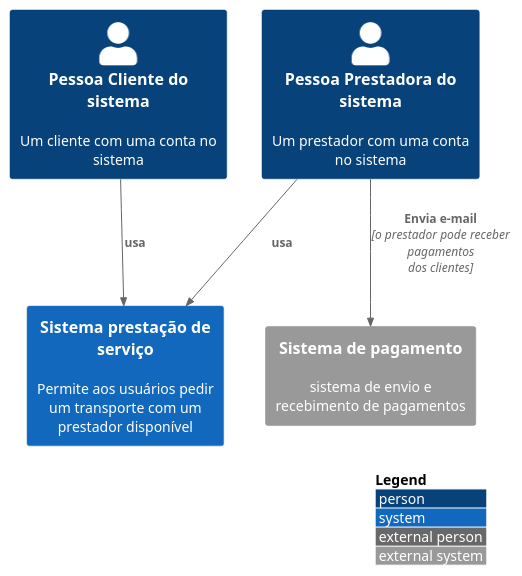
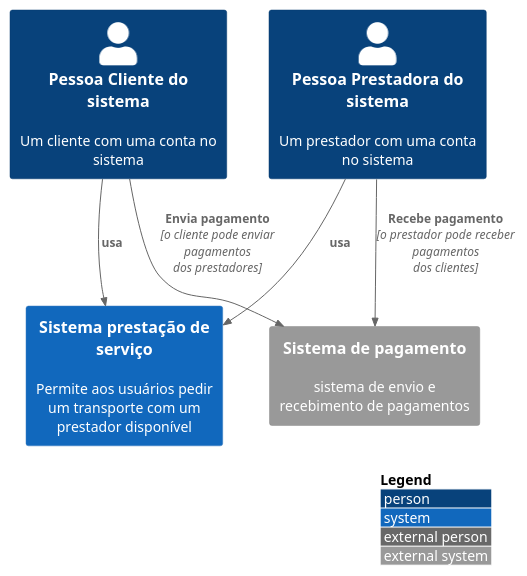
The diagram in projeto-c4builder/Projeto-SPS/src/context.puml (Emanuelle-Machado/DisciplinasTSI), drawn with PlantUML before and after one commit.

```diff
--- a/projeto-c4builder/Projeto-SPS/src/context.puml
+++ b/projeto-c4builder/Projeto-SPS/src/context.puml
@@ -1,18 +1,19 @@
 @startuml
 
 !include https://raw.githubusercontent.com/adrianvlupu/C4-PlantUML/latest/C4_Context.puml
 
 LAYOUT_WITH_LEGEND()
 
 Person(pcs, "Pessoa Cliente do sistema", "Um cliente com uma conta no sistema")
 Person(pps, "Pessoa Prestadora do sistema", "Um prestador com uma conta no sistema")
 
 System(sps, "Sistema prestação de serviço", "Permite aos usuários pedir um transporte com um prestador disponível")
 
 System_Ext(pagamentos, "Sistema de pagamento", "sistema de envio e recebimento de pagamentos")
 
 Rel(pcs, sps, "usa")
 Rel(pps, sps, "usa")
-Rel(pps, pagamentos, "Envia e-mail", "o prestador pode receber pagamentos dos clientes")
+Rel(pps, pagamentos, "Recebe pagamento", "o prestador pode receber pagamentos dos clientes")
+Rel(pcs, pagamentos, "Envia pagamento", "o cliente pode enviar pagamentos dos prestadores")
 
 @enduml
```
